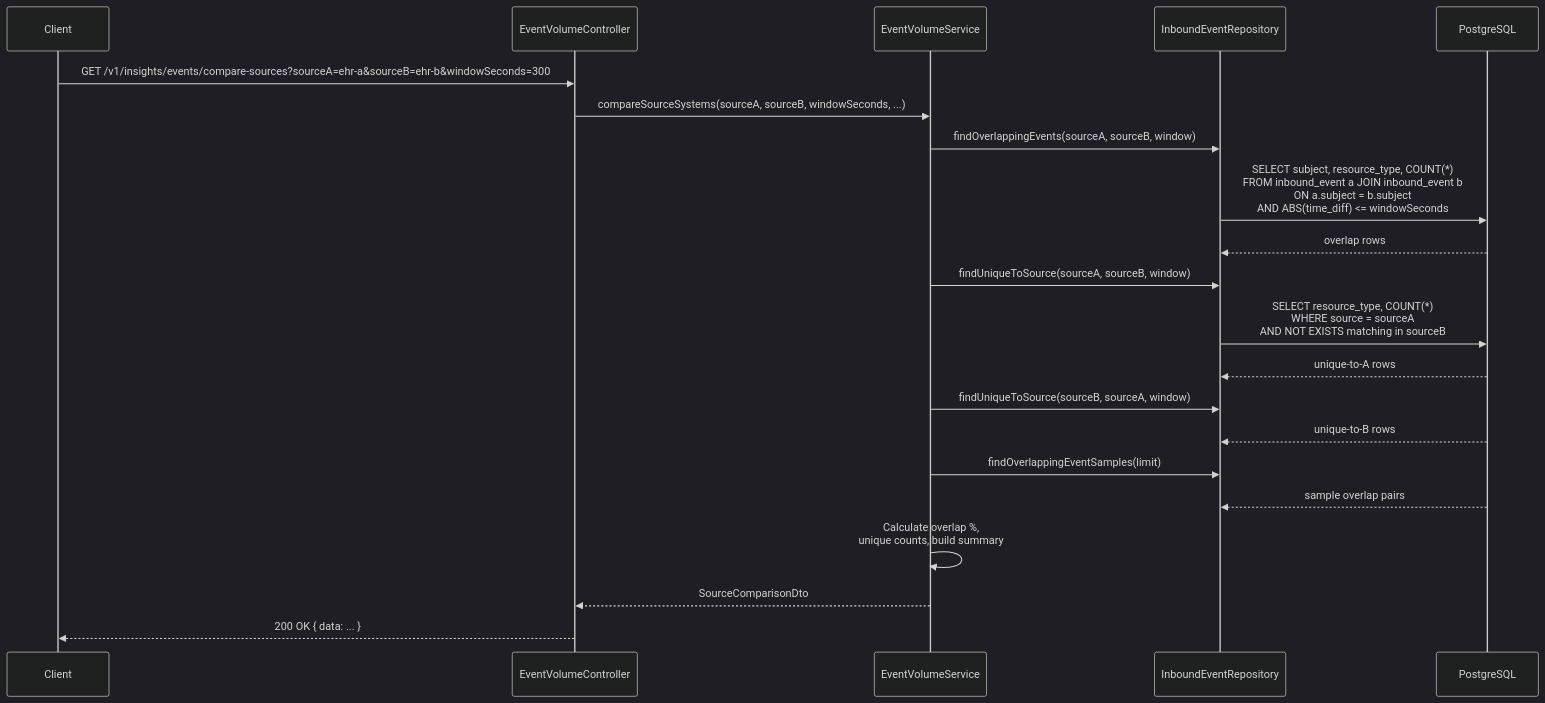
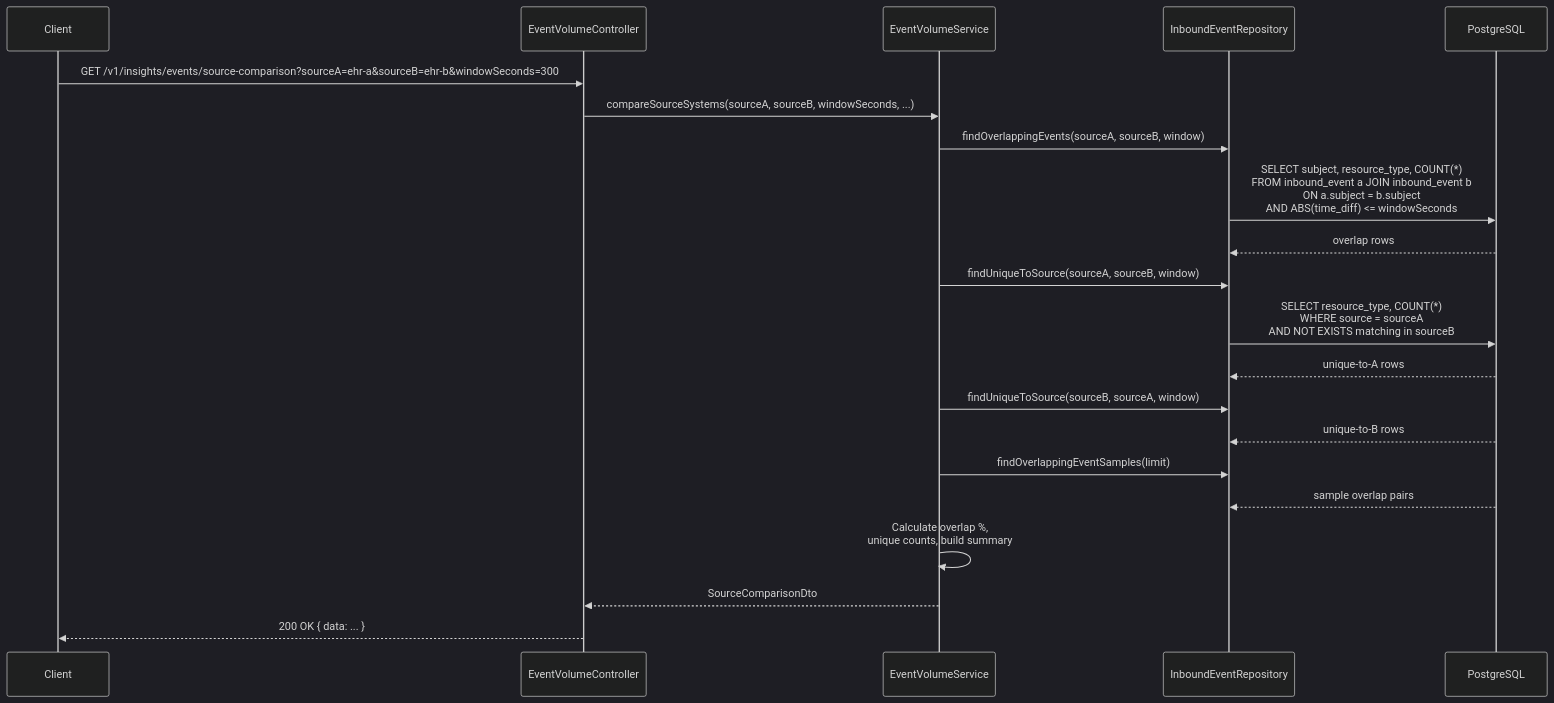
One commit to AjishaVayoli-Tarento/cce-insights-service changed diagram 23 of 29 in docs/flow-diagrams.md. Above: the diagram before and after it, drawn with Mermaid (dark theme). The commit also changed other lines of this file and 5 other files, not shown here.

````diff
--- a/docs/flow-diagrams.md
+++ b/docs/flow-diagrams.md
@@ -479,29 +485,29 @@
 ```mermaid
 sequenceDiagram
     participant Client
     participant Controller as EventVolumeController
     participant Service as EventVolumeService
     participant InboundRepo as InboundEventRepository
     participant DB as PostgreSQL
 
-    Client->>Controller: GET /v1/insights/events/compare-sources?sourceA=ehr-a&sourceB=ehr-b&windowSeconds=300
+    Client->>Controller: GET /v1/insights/events/source-comparison?sourceA=ehr-a&sourceB=ehr-b&windowSeconds=300
     Controller->>Service: compareSourceSystems(sourceA, sourceB, windowSeconds, ...)
 
     Service->>InboundRepo: findOverlappingEvents(sourceA, sourceB, window)
     InboundRepo->>DB: SELECT subject, resource_type, COUNT(*)<br/>FROM inbound_event a JOIN inbound_event b<br/>ON a.subject = b.subject<br/>AND ABS(time_diff) <= windowSeconds
     DB-->>InboundRepo: overlap rows
 
     Service->>InboundRepo: findUniqueToSource(sourceA, sourceB, window)
     InboundRepo->>DB: SELECT resource_type, COUNT(*)<br/>WHERE source = sourceA<br/>AND NOT EXISTS matching in sourceB
     DB-->>InboundRepo: unique-to-A rows
 
     Service->>InboundRepo: findUniqueToSource(sourceB, sourceA, window)
     DB-->>InboundRepo: unique-to-B rows
 
     Service->>InboundRepo: findOverlappingEventSamples(limit)
     DB-->>InboundRepo: sample overlap pairs
 
     Service->>Service: Calculate overlap %,<br/>unique counts, build summary
     Service-->>Controller: SourceComparisonDto
     Controller-->>Client: 200 OK { data: ... }
 ```
````
